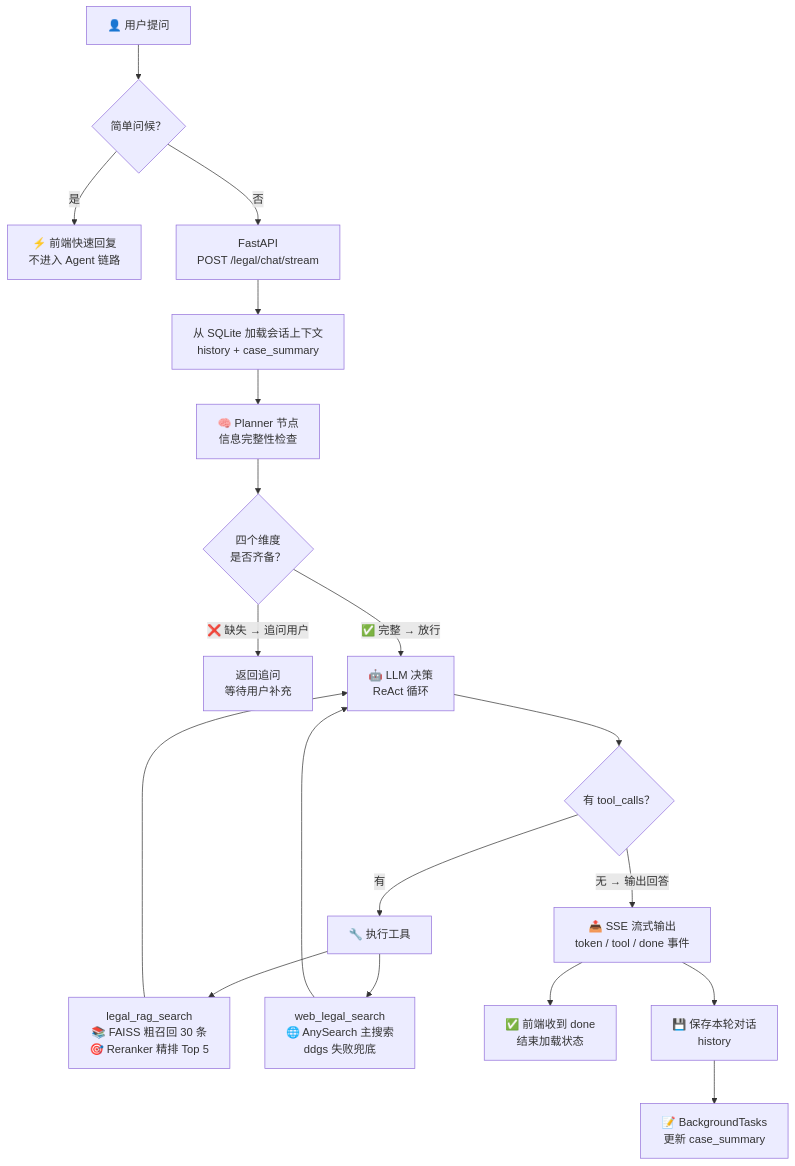
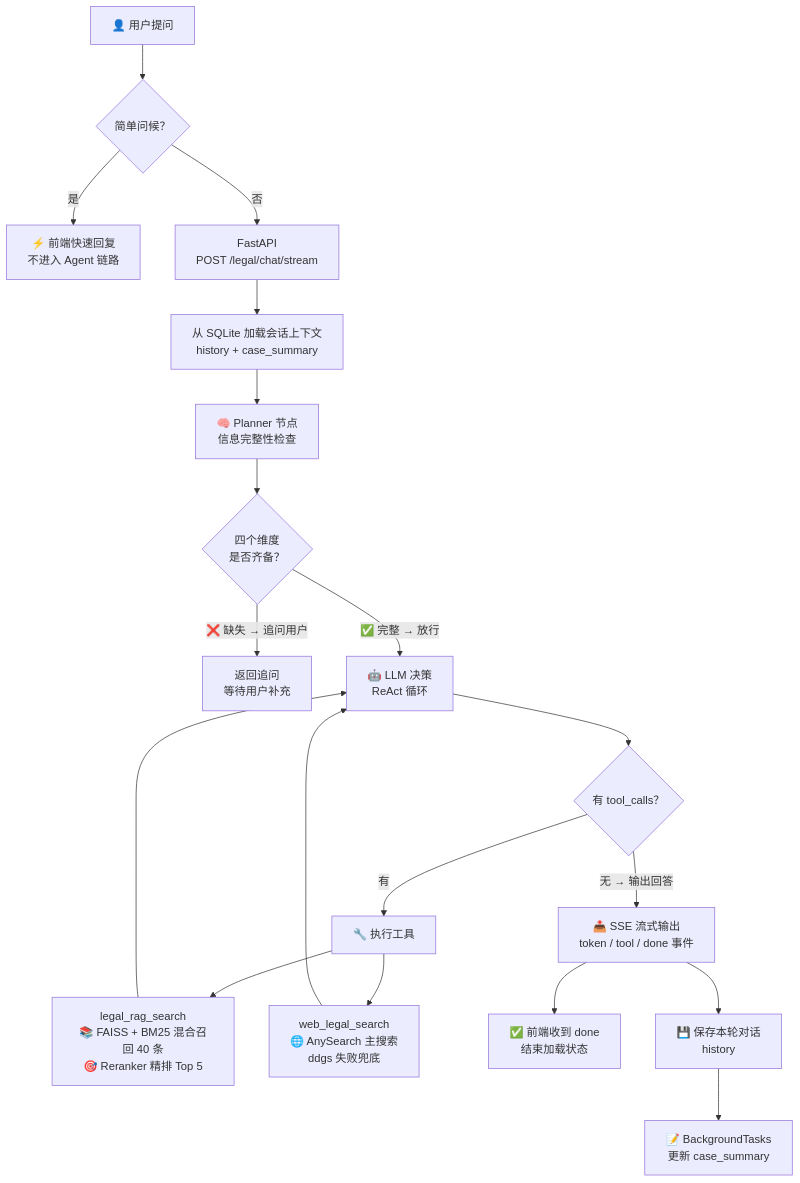
Before and after one commit to an-s57/legal_agent: the diagram in README.md, drawn with Mermaid. The commit also changed other lines of this file, not shown here.

````diff
--- a/README.md
+++ b/README.md
@@ -19,24 +19,24 @@
 ```mermaid
 flowchart TD
     A["👤 用户提问"] --> Q{"简单问候？"}
     Q -->|"是"| FQ["⚡ 前端快速回复<br/>不进入 Agent 链路"]
     Q -->|"否"| B["FastAPI<br/>POST /legal/chat/stream"]
     B --> C["从 SQLite 加载会话上下文<br/>history + case_summary"]
     C --> D["🧠 Planner 节点<br/>信息完整性检查"]
 
     D --> E{"四个维度<br/>是否齐备？"}
     E -->|"❌ 缺失 → 追问用户"| F["返回追问<br/>等待用户补充"]
     E -->|"✅ 完整 → 放行"| G["🤖 LLM 决策<br/>ReAct 循环"]
 
     G --> H{"有 tool_calls？"}
     H -->|"有"| I["🔧 执行工具"]
-    I --> I1["legal_rag_search<br/>📚 FAISS 粗召回 30 条<br/>🎯 Reranker 精排 Top 5"]
+    I --> I1["legal_rag_search<br/>📚 FAISS + BM25 混合召回 40 条<br/>🎯 Reranker 精排 Top 5"]
     I --> I2["web_legal_search<br/>🌐 AnySearch 主搜索<br/>ddgs 失败兜底"]
     I1 --> G
     I2 --> G
     H -->|"无 → 输出回答"| J["📤 SSE 流式输出<br/>token / tool / done 事件"]
 
     J --> L["✅ 前端收到 done<br/>结束加载状态"]
     J --> K["💾 保存本轮对话<br/>history"]
     K --> M["📝 BackgroundTasks<br/>更新 case_summary"]
 ```
````
